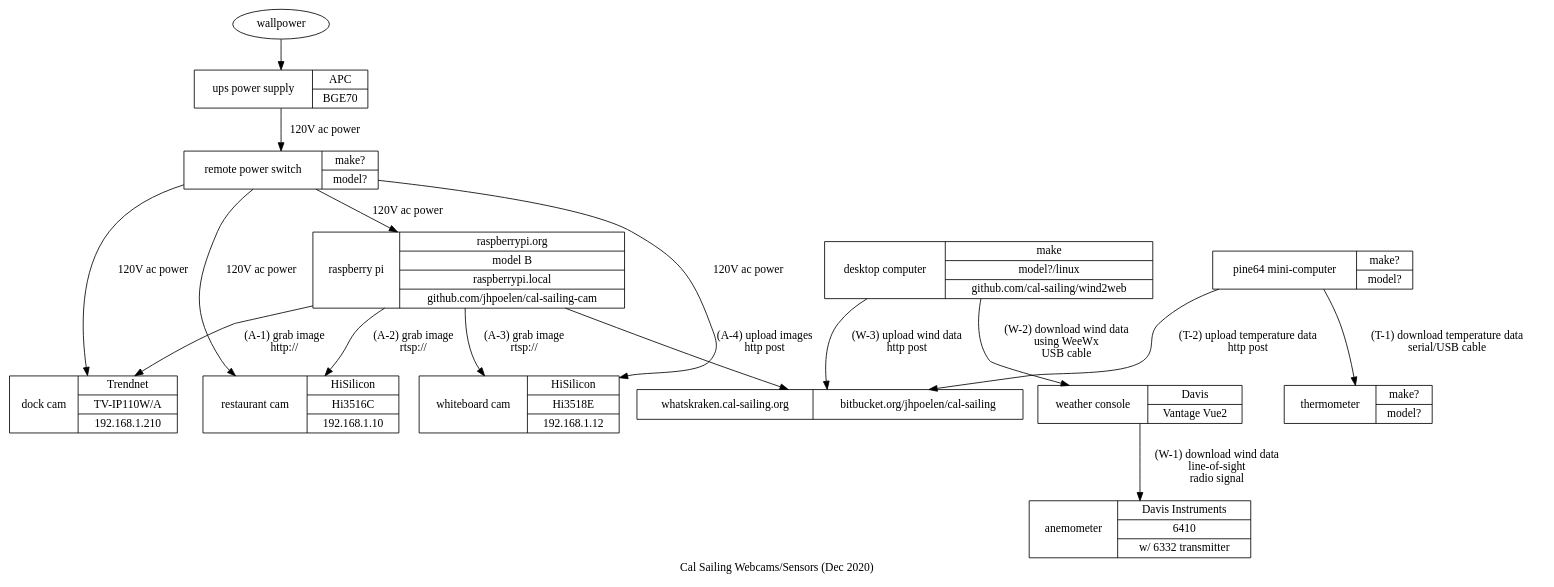
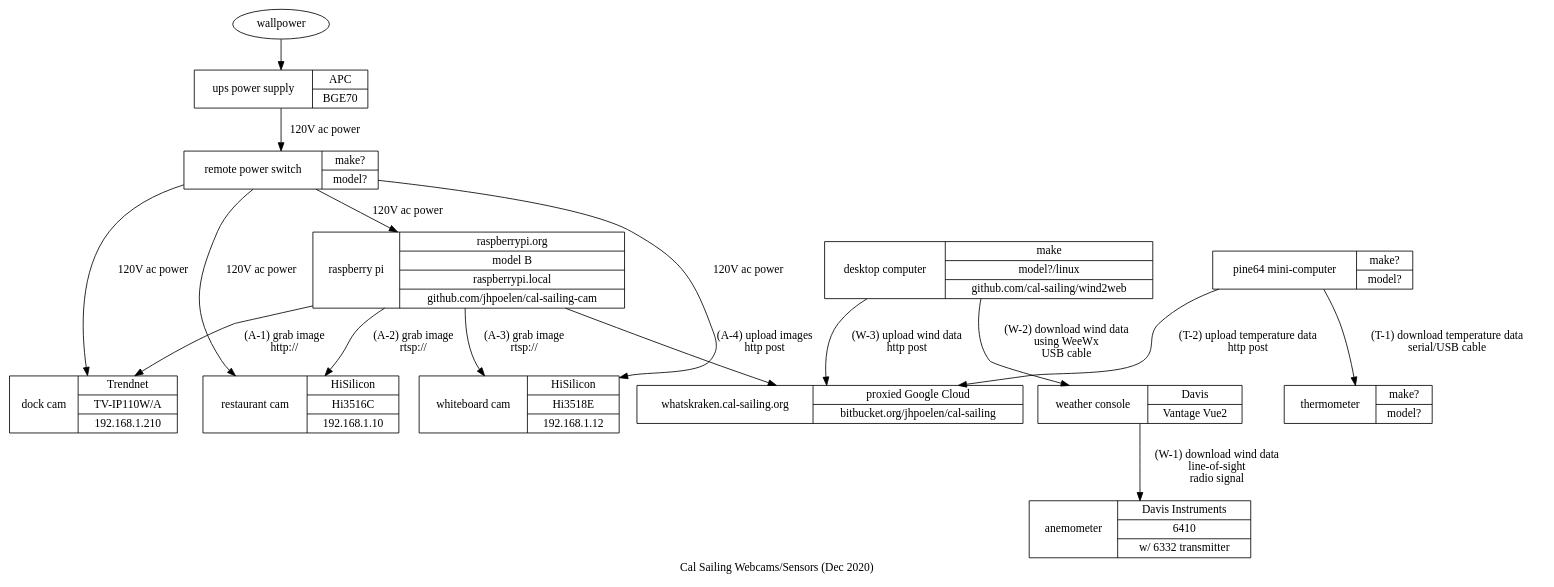
Before and after one commit to jhpoelen/cal-sailing-cam: the diagram in cal-sailing-diagram.dot, drawn with Graphviz. The commit also changed 1 other file, not shown here.

Commit message:
update diagrams

```diff
--- a/cal-sailing-diagram.dot
+++ b/cal-sailing-diagram.dot
@@ -1,71 +1,71 @@
 digraph calsailingcam {
     "dock" [
        label = "dock cam | { Trendnet | TV-IP110W/A | 192.168.1.210 }"
        shape = "record"
     ]
     "restaurant" [
         label = "restaurant cam | { HiSilicon  | Hi3516C | 192.168.1.10 }"
 	 shape = "record"
     ]
     "whiteboard" [
         label = "whiteboard cam | { HiSilicon  | Hi3518E | 192.168.1.12 }"
 	 shape = "record"
     ]
     "raspberry" [
         label = "raspberry pi | { raspberrypi.org | model B | raspberrypi.local | github.com/jhpoelen/cal-sailing-cam }"
         shape = "record"
     ]
     "ups" [
         label = "ups power supply | { APC | BGE70 }"
         shape = "record"
     ]
     "thermometer" [
         label = "thermometer | { make? | model? }"
         shape = "record"
     ]
     "powerswitch" [
         label = "remote power switch | { make? | model? }"
         shape = "record"
     ]
     "anemometer" [
         label = "anemometer | { Davis Instruments | 6410 | w/ 6332 transmitter }"
         shape = "record"
     ]
     "weatherstation" [
         label = "weather console | { Davis | Vantage Vue2 }"
         shape = "record"
     ]
     "desktop" [
         label = "desktop computer | { make | model?/linux | github.com/cal-sailing/wind2web }"
         shape = "record"
     ]
     "pine64" [
         label = "pine64 mini-computer | { make? | model? }"
         shape = "record"
     ]
     "server" [
-        label = "whatskraken.cal-sailing.org | { bitbucket.org/jhpoelen/cal-sailing }"
+        label = "whatskraken.cal-sailing.org | { proxied Google Cloud | bitbucket.org/jhpoelen/cal-sailing }"
         shape = "record"
     ]
 
     "raspberry"->"dock"[label="(A-1) grab image\nhttp://"]
     "raspberry"->"restaurant"[label="(A-2) grab image\nrtsp://"]
     "raspberry"->"whiteboard"[label="(A-3) grab image\nrtsp://"]
     "raspberry"->"server"[label="(A-4) upload images\nhttp post"]
     "wallpower" -> "ups"
     
     "ups"->"powerswitch"[label="120V ac power"]
     "powerswitch"->"raspberry"[label="120V ac power"]
     "powerswitch"->"dock"[label="120V ac power"]
     "powerswitch"->"restaurant"[label="120V ac power"]
     "powerswitch"->"whiteboard"[label="120V ac power"]
 
     "weatherstation"->"anemometer"[label="(W-1) download wind data\nline-of-sight\nradio signal"]
     "desktop"->"weatherstation"[label="(W-2) download wind data\nusing WeeWx\nUSB cable"]
     "desktop"->"server"[label="(W-3) upload wind data\nhttp post"]
 
     "pine64"->"thermometer"[label="(T-1) download temperature data\nserial/USB cable"]
     "pine64"->"server"[label="(T-2) upload temperature data\nhttp post"]
 
     label="Cal Sailing Webcams/Sensors (Dec 2020)"
 }
```
